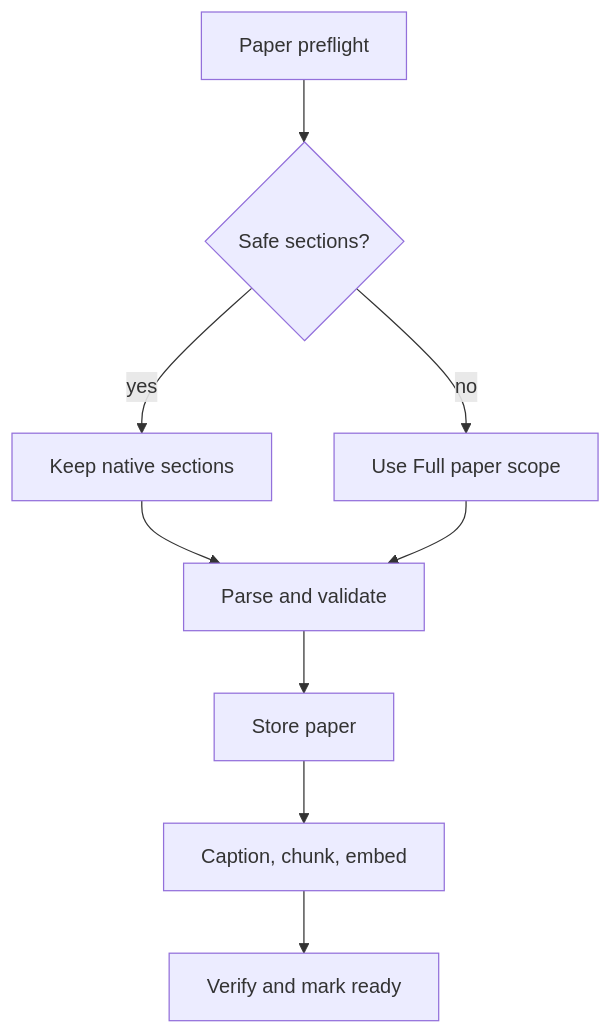
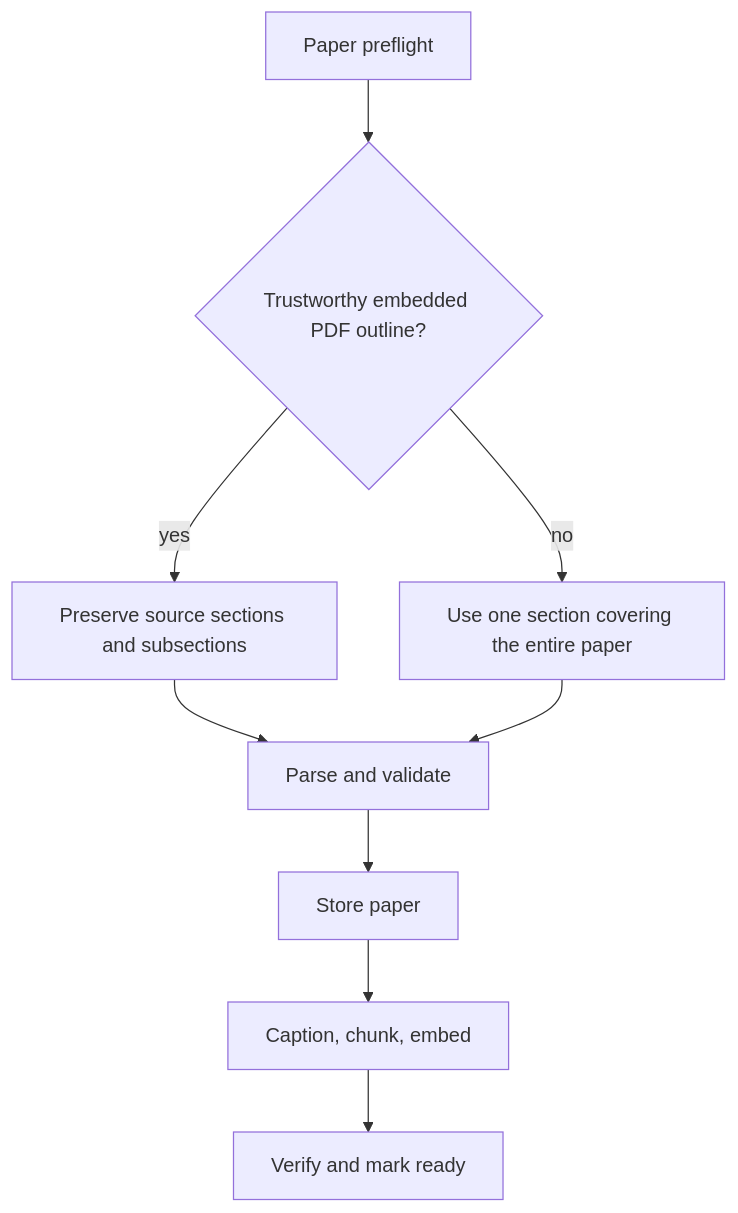
Before and after one commit to rabhishek100/agentic_study_partner: the fourth of 7 diagrams in docs/ingestion.md, drawn with Mermaid. The commit also changed other lines of this file and 4 other files, not shown here.

````diff
--- a/docs/ingestion.md
+++ b/docs/ingestion.md
@@ -76,11 +76,11 @@
 ```mermaid
 flowchart TD
-    P[Paper preflight] --> O{Safe sections?}
-    O -->|yes| N[Keep native sections]
-    O -->|no| F[Use Full paper scope]
+    P[Paper preflight] --> O{Trustworthy embedded PDF outline?}
+    O -->|yes| N[Preserve source sections and subsections]
+    O -->|no| F[Use one section covering the entire paper]
     N --> E[Parse and validate]
     F --> E
     E --> C[Store paper]
     C --> I[Caption, chunk, embed]
     I --> R[Verify and mark ready]
 ```
````
